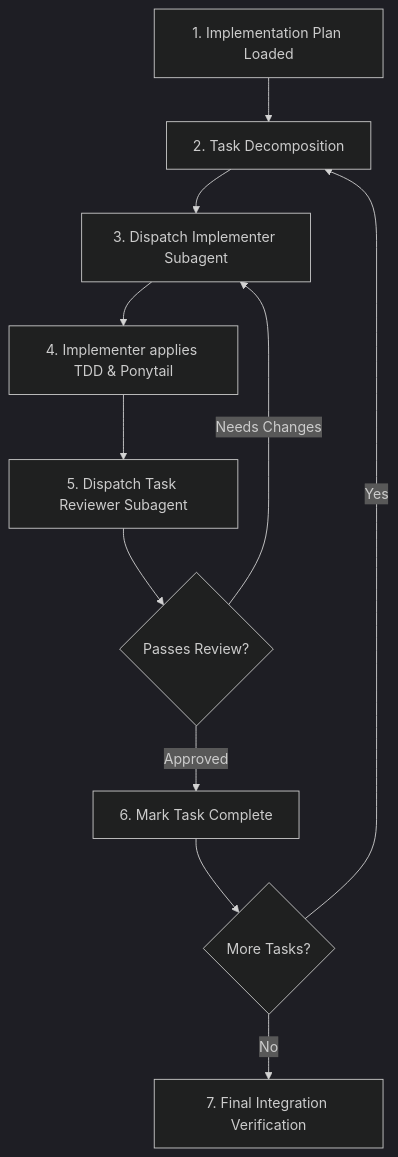
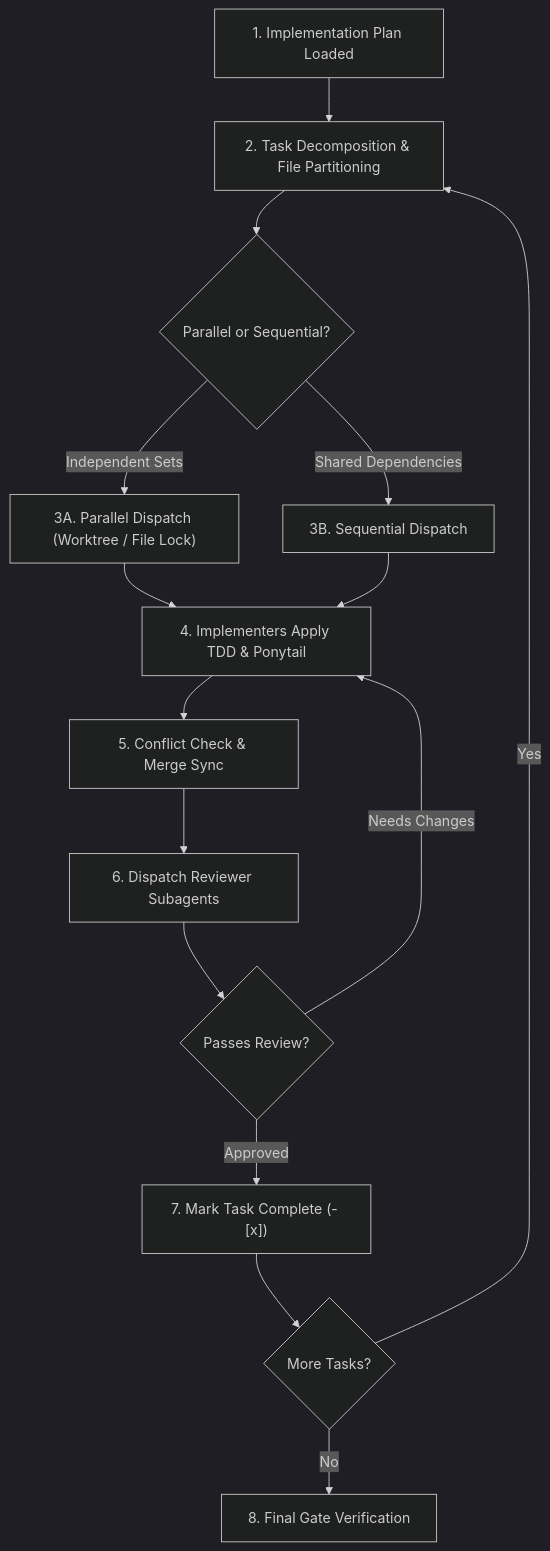
One commit to gokulbagade/ultra-agent-skill changed the diagram in workflows/02-subagent-driven-development.md. Above: the diagram before and after it, drawn with Mermaid (dark theme). The commit also changed other lines of this file and 42 other files, not shown here.

````diff
--- a/workflows/02-subagent-driven-development.md
+++ b/workflows/02-subagent-driven-development.md
@@ -9,13 +16,17 @@
 ```mermaid
 graph TD
-    A["1. Implementation Plan Loaded"] --> B["2. Task Decomposition"]
-    B --> C["3. Dispatch Implementer Subagent"]
-    C --> D["4. Implementer applies TDD & Ponytail"]
-    D --> E["5. Dispatch Task Reviewer Subagent"]
-    E --> F{"Passes Review?"}
-    F -->|"Needs Changes"| C
-    F -->|"Approved"| G["6. Mark Task Complete"]
-    G --> H{"More Tasks?"}
-    H -->|"Yes"| B
-    H -->|"No"| I["7. Final Integration Verification"]
+    A["1. Implementation Plan Loaded"] --> B["2. Task Decomposition & File Partitioning"]
+    B --> C{"Parallel or Sequential?"}
+    C -->|"Independent Sets"| D["3A. Parallel Dispatch (Worktree / File Lock)"]
+    C -->|"Shared Dependencies"| D2["3B. Sequential Dispatch"]
+    D --> E["4. Implementers Apply TDD & Ponytail"]
+    D2 --> E
+    E --> F["5. Conflict Check & Merge Sync"]
+    F --> G["6. Dispatch Reviewer Subagents"]
+    G --> H{"Passes Review?"}
+    H -->|"Needs Changes"| E
+    H -->|"Approved"| I["7. Mark Task Complete (- [x])"]
+    I --> J{"More Tasks?"}
+    J -->|"Yes"| B
+    J -->|"No"| K["8. Final Gate Verification"]
 ```
````
